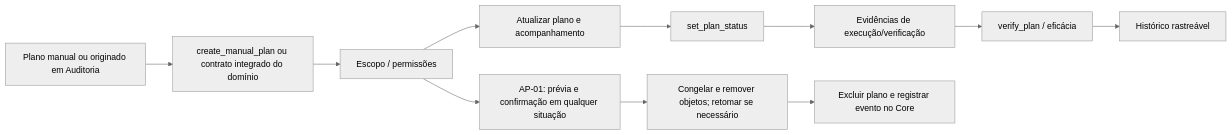
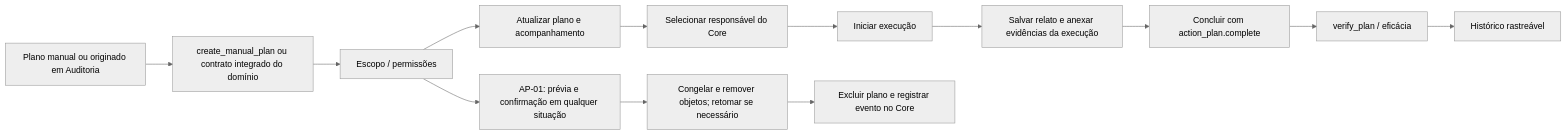
The fourth of 7 diagrams in docs/architecture/WORKFLOWS.md (The-Vonky/Gaucha-Gestao), drawn with Mermaid (neutral theme) before and after one commit. The commit also changed other lines of this file and 37 other files, not shown here.

Commit message:
Implementa delegação e relato de execução de planos de ação

```diff
--- a/docs/architecture/WORKFLOWS.md
+++ b/docs/architecture/WORKFLOWS.md
@@ -94,13 +94,15 @@
 ~~~mermaid
 flowchart LR
   ORIGIN["Plano manual ou originado em Auditoria"] --> CREATE["create_manual_plan ou contrato integrado do domínio"]
   CREATE --> SCOPE["Escopo / permissões"]
   SCOPE --> EDIT["Atualizar plano e acompanhamento"]
-  EDIT --> STATUS["set_plan_status"]
-  STATUS --> EVI["Evidências de execução/verificação"]
-  EVI --> VERIFY["verify_plan / eficácia"]
+  EDIT --> ASSIGN["Selecionar responsável do Core"]
+  ASSIGN --> STATUS["Iniciar execução"]
+  STATUS --> EVI["Salvar relato e anexar evidências da execução"]
+  EVI --> COMPLETE["Concluir com action_plan.complete"]
+  COMPLETE --> VERIFY["verify_plan / eficácia"]
   VERIFY --> HIST["Histórico rastreável"]
   SCOPE --> DELETE["AP-01: prévia e confirmação em qualquer situação"]
   DELETE --> STORAGE["Congelar e remover objetos; retomar se necessário"]
   STORAGE --> PURGE["Excluir plano e registrar evento no Core"]
 ~~~
```
